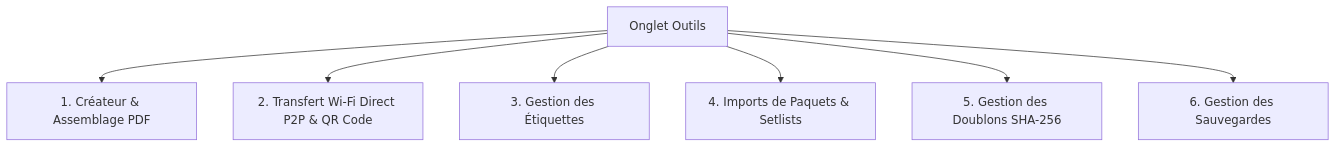
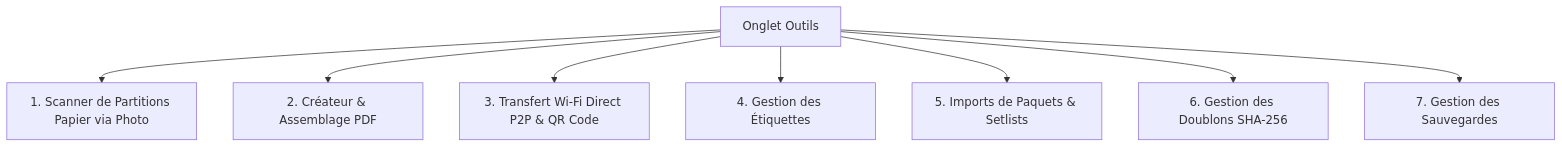
Before and after one commit to Audiothor/MusicScoreManager: the fourth of 5 diagrams in README.md, drawn with Mermaid. The commit also changed other lines of this file and 31 other files, not shown here.

Commit message:
feat(release): v2.7.0 - scanner de partitions papier, accordeur deroulant, titre partition en haut et gestion des etiquettes

````diff
--- a/README.md
+++ b/README.md
@@ -374,9 +374,10 @@
 ```mermaid
 graph TD
-    T[Onglet Outils] --> T1[1. Créateur & Assemblage PDF]
-    T --> T2[2. Transfert Wi-Fi Direct P2P & QR Code]
-    T --> T3[3. Gestion des Étiquettes]
-    T --> T4[4. Imports de Paquets & Setlists]
-    T --> T5[5. Gestion des Doublons SHA-256]
-    T --> T6[6. Gestion des Sauvegardes]
+    T[Onglet Outils] --> T0[1. Scanner de Partitions Papier via Photo]
+    T --> T1[2. Créateur & Assemblage PDF]
+    T --> T2[3. Transfert Wi-Fi Direct P2P & QR Code]
+    T --> T3[4. Gestion des Étiquettes]
+    T --> T4[5. Imports de Paquets & Setlists]
+    T --> T5[6. Gestion des Doublons SHA-256]
+    T --> T6[7. Gestion des Sauvegardes]
 ```
````
